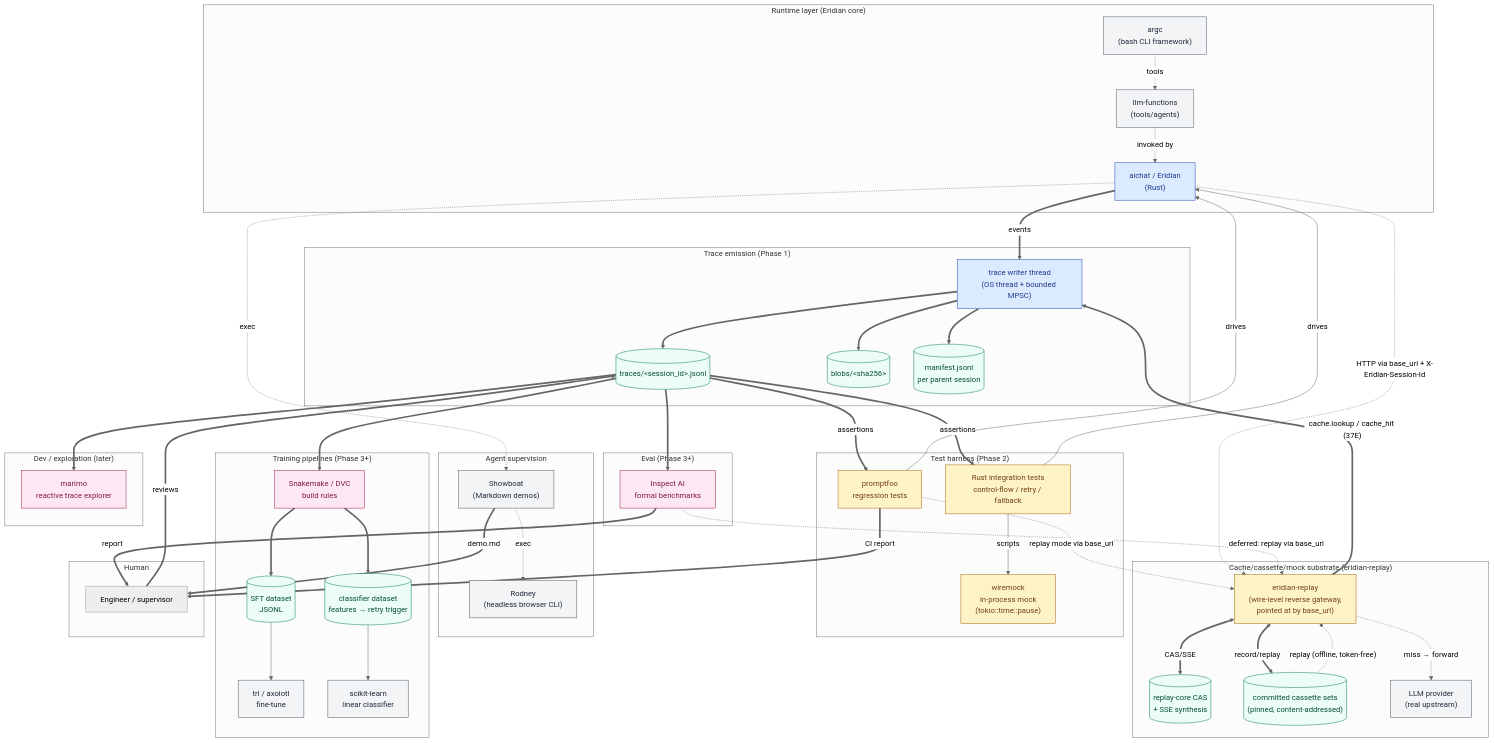
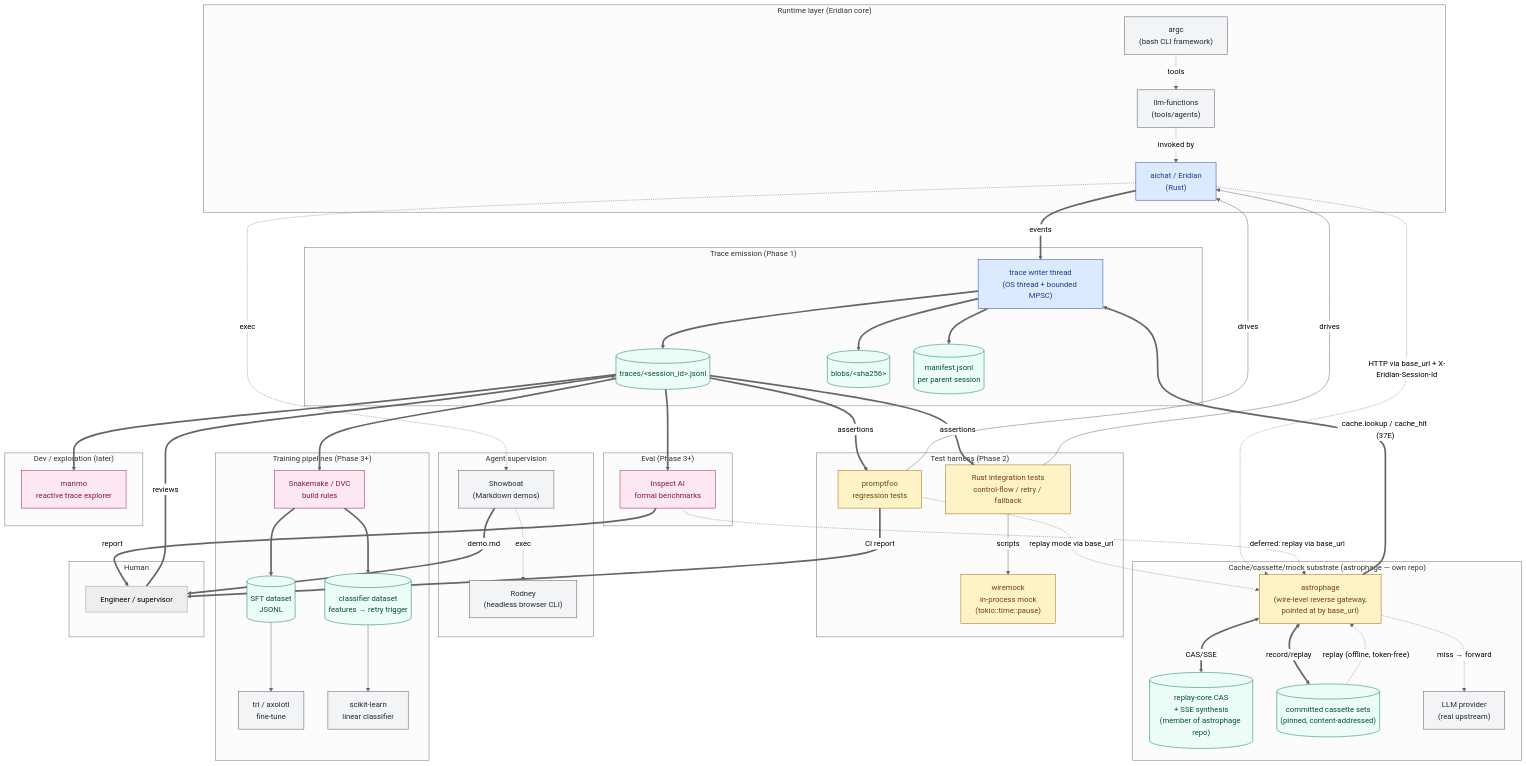
Before and after one commit to jikanter/eridian-ai: the diagram in docs/analysis/caching/ECOSYSTEM.md, drawn with Mermaid (neutral theme). The commit also changed other lines of this file and 10 other files, not shown here.

```diff
--- a/docs/analysis/caching/ECOSYSTEM.md
+++ b/docs/analysis/caching/ECOSYSTEM.md
@@ -32,9 +32,9 @@
         manifest[("manifest.jsonl<br/>per parent session")]:::artifact
     end
 
-    subgraph substrate_layer["Cache/cassette/mock substrate (eridian-replay)"]
-        substrate["eridian-replay<br/>(wire-level reverse gateway,<br/>pointed at by base_url)"]:::phase2
-        cas[("replay-core CAS<br/>+ SSE synthesis")]:::artifact
+    subgraph substrate_layer["Cache/cassette/mock substrate (astrophage — own repo)"]
+        substrate["astrophage<br/>(wire-level reverse gateway,<br/>pointed at by base_url)"]:::phase2
+        cas[("replay-core CAS<br/>+ SSE synthesis<br/>(member of astrophage repo)")]:::artifact
         cassette_sets[("committed cassette sets<br/>(pinned, content-addressed)")]:::artifact
         provider["LLM provider<br/>(real upstream)"]:::external
     end
```
